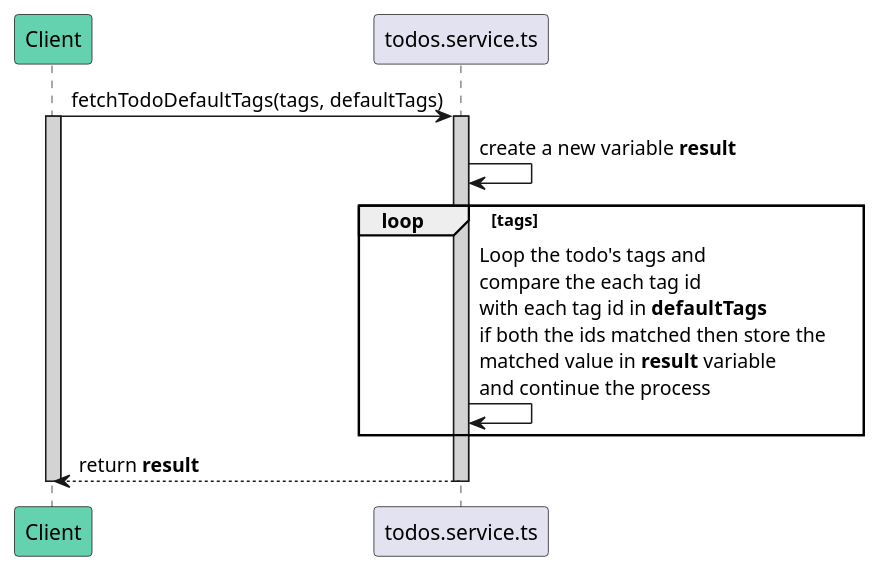
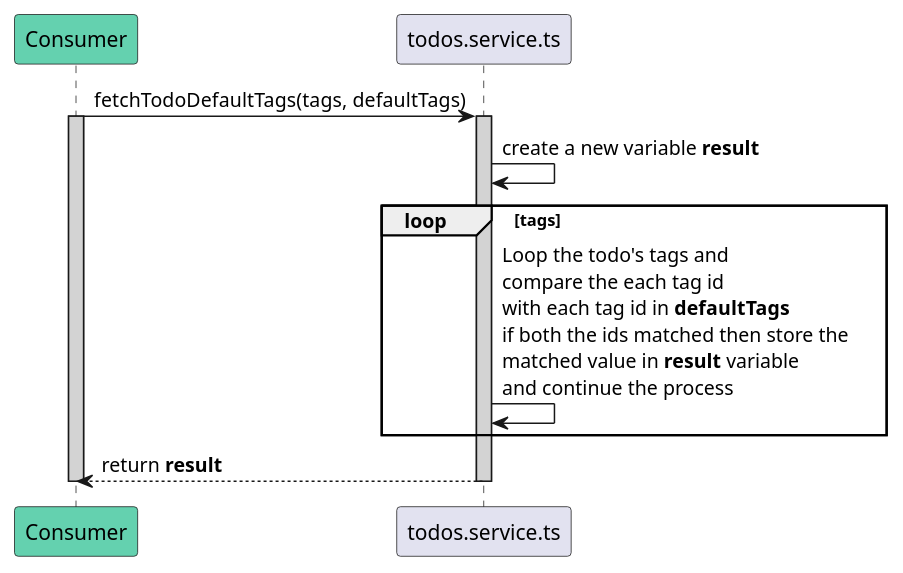
Before and after one commit to avasoft-mobility/workday-design: the diagram in backend/shared_services_design/fetch_todo_default_tags.sequence.puml, drawn with PlantUML. The commit also changed 25 other files, not shown here.

Commit message:
Add consumer instead of Client

```diff
--- a/backend/shared_services_design/fetch_todo_default_tags.sequence.puml
+++ b/backend/shared_services_design/fetch_todo_default_tags.sequence.puml
@@ -1,18 +1,18 @@
 @startuml fetchTodoDefaultTags
-participant Client #64D1AF
+participant Consumer #64D1AF
 participant todos.service.ts
 
-Client -> todos.service.ts : fetchTodoDefaultTags(tags, defaultTags)
-activate Client #D3D3D3
+Consumer -> todos.service.ts : fetchTodoDefaultTags(tags, defaultTags)
+activate Consumer #D3D3D3
 activate todos.service.ts #D3D3D3   
 
 todos.service.ts -> todos.service.ts: create a new variable **result**
 
 loop tags
     todos.service.ts -> todos.service.ts: Loop the todo's tags and \ncompare the each tag id \nwith each tag id in **defaultTags** \nif both the ids matched then store the \nmatched value in **result** variable \nand continue the process
 end
 
-todos.service.ts --> Client: return **result**
+todos.service.ts --> Consumer: return **result**
 deactivate todos.service.ts
-deactivate Client
+deactivate Consumer
 @enduml
```
